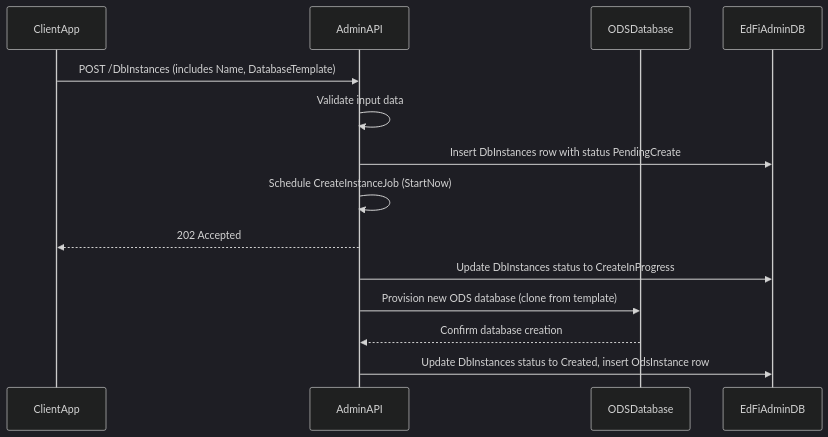
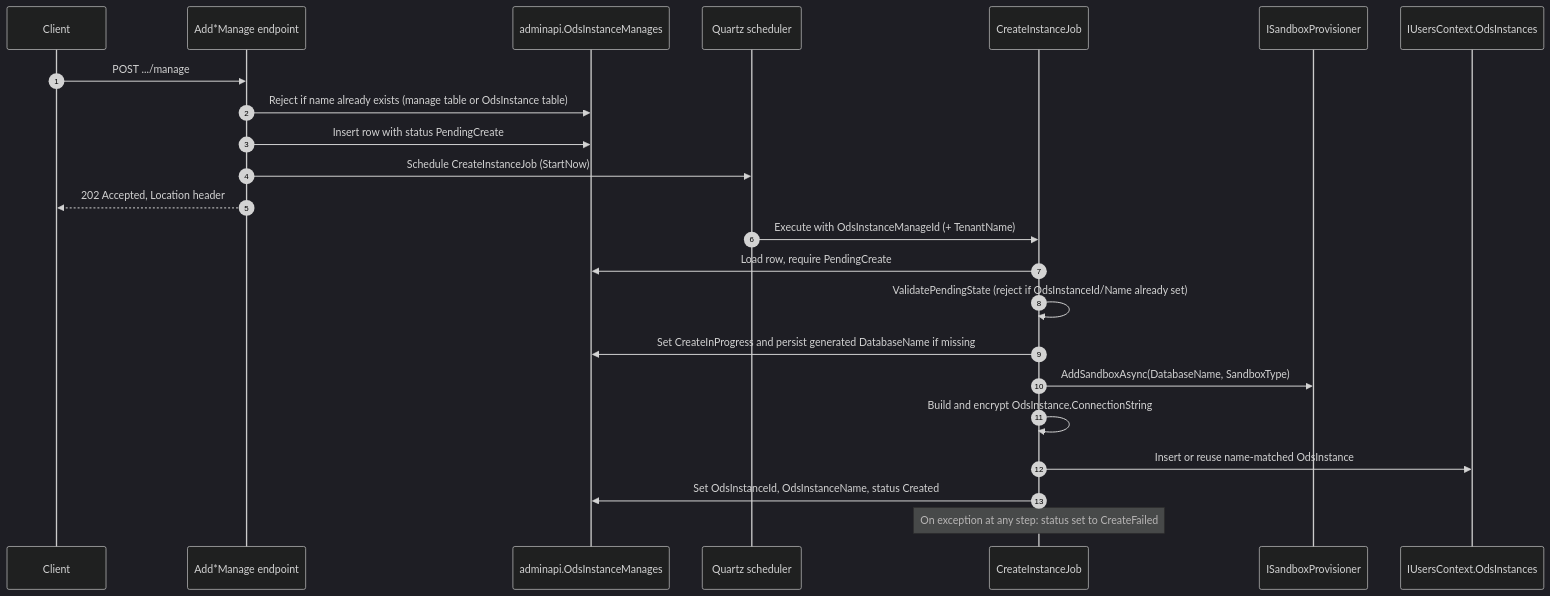
The second of 3 diagrams in docs/design/INSTANCE-MANAGEMENT.md (Ed-Fi-Alliance-OSS/ODS-Admin-API), drawn with Mermaid (dark theme) before and after one commit. The commit also changed other lines of this file and 5 other files, not shown here.

First line of the commit message:
[ADMINAPI-1485] Update Instance/DataStore Management design docs to match current implementation (#422)

````diff
--- a/docs/design/INSTANCE-MANAGEMENT.md
+++ b/docs/design/INSTANCE-MANAGEMENT.md
@@ -122,17 +359,26 @@
 ```mermaid
 sequenceDiagram
-  participant ClientApp
-  participant AdminAPI
-  participant ODSDatabase
-  participant EdFiAdminDB
+    autonumber
+    participant Client
+    participant API as Add*Manage endpoint
+    participant Db as adminapi.OdsInstanceManages
+    participant Quartz as Quartz scheduler
+    participant Worker as CreateInstanceJob
+    participant Provisioner as ISandboxProvisioner
+    participant Users as IUsersContext.OdsInstances
 
-  ClientApp->>AdminAPI: POST /DbInstances (includes Name, DatabaseTemplate)
-  AdminAPI->>AdminAPI: Validate input data
-  AdminAPI->>EdFiAdminDB: Insert DbInstances row with status PendingCreate
-  AdminAPI->>AdminAPI: Schedule CreateInstanceJob (StartNow)
-  AdminAPI-->>ClientApp: 202 Accepted
-  AdminAPI->>EdFiAdminDB: Update DbInstances status to CreateInProgress
-  AdminAPI->>ODSDatabase: Provision new ODS database (clone from template)
-  ODSDatabase-->>AdminAPI: Confirm database creation
-  AdminAPI->>EdFiAdminDB: Update DbInstances status to Created, insert OdsInstance row
+    Client->>API: POST .../manage
+    API->>Db: Reject if name already exists (manage table or OdsInstance table)
+    API->>Db: Insert row with status PendingCreate
+    API->>Quartz: Schedule CreateInstanceJob (StartNow)
+    API-->>Client: 202 Accepted, Location header
+    Quartz->>Worker: Execute with OdsInstanceManageId (+ TenantName)
+    Worker->>Db: Load row, require PendingCreate
+    Worker->>Worker: ValidatePendingState (reject if OdsInstanceId/Name already set)
+    Worker->>Db: Set CreateInProgress and persist generated DatabaseName if missing
+    Worker->>Provisioner: AddSandboxAsync(DatabaseName, SandboxType)
+    Worker->>Worker: Build and encrypt OdsInstance.ConnectionString
+    Worker->>Users: Insert or reuse name-matched OdsInstance
+    Worker->>Db: Set OdsInstanceId, OdsInstanceName, status Created
+    Note over Worker: On exception at any step: status set to CreateFailed
 ```
````
